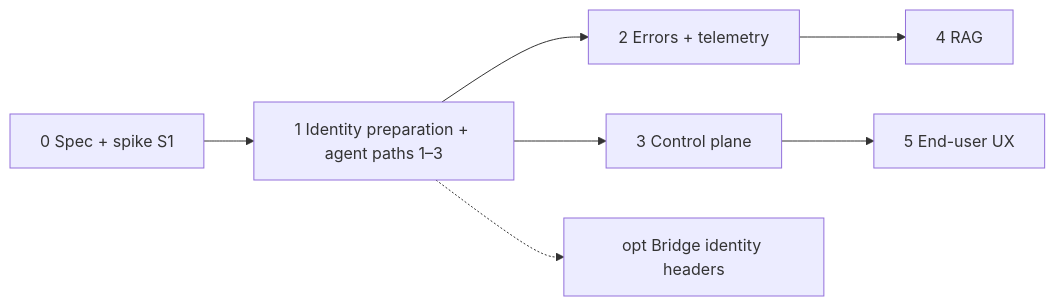
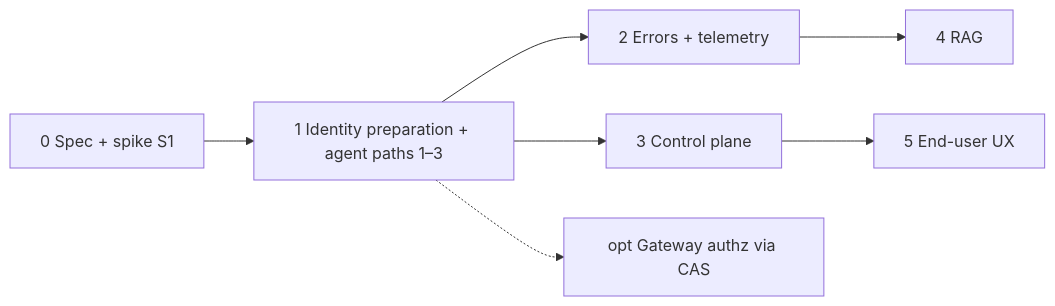
One commit to caipe-io/ai-platform-engineering changed the diagram in docs/docs/specs/2026-10-10-byo-llm-gateway-budgets-quotas/plan.md. Above: the diagram before and after it, drawn with Mermaid. The commit also changed other lines of this file and 6 other files, not shown here.

First line of the commit message:
docs(llm-gateway): align AuthN and AuthZ with CAS

````diff
--- a/docs/docs/specs/2026-10-10-byo-llm-gateway-budgets-quotas/plan.md
+++ b/docs/docs/specs/2026-10-10-byo-llm-gateway-budgets-quotas/plan.md
@@ -22,9 +22,9 @@
 ```mermaid
 flowchart LR
   p0["0 Spec + spike S1"] --> p1["1 Identity preparation + agent paths 1–3"]
   p1 --> p2["2 Errors + telemetry"]
   p1 --> p3["3 Control plane"]
   p2 --> p4["4 RAG"]
   p3 --> p5["5 End-user UX"]
-  p1 -.-> opt["opt Bridge identity headers"]
+  p1 -.-> opt["opt Gateway authz via CAS"]
 ```
````
